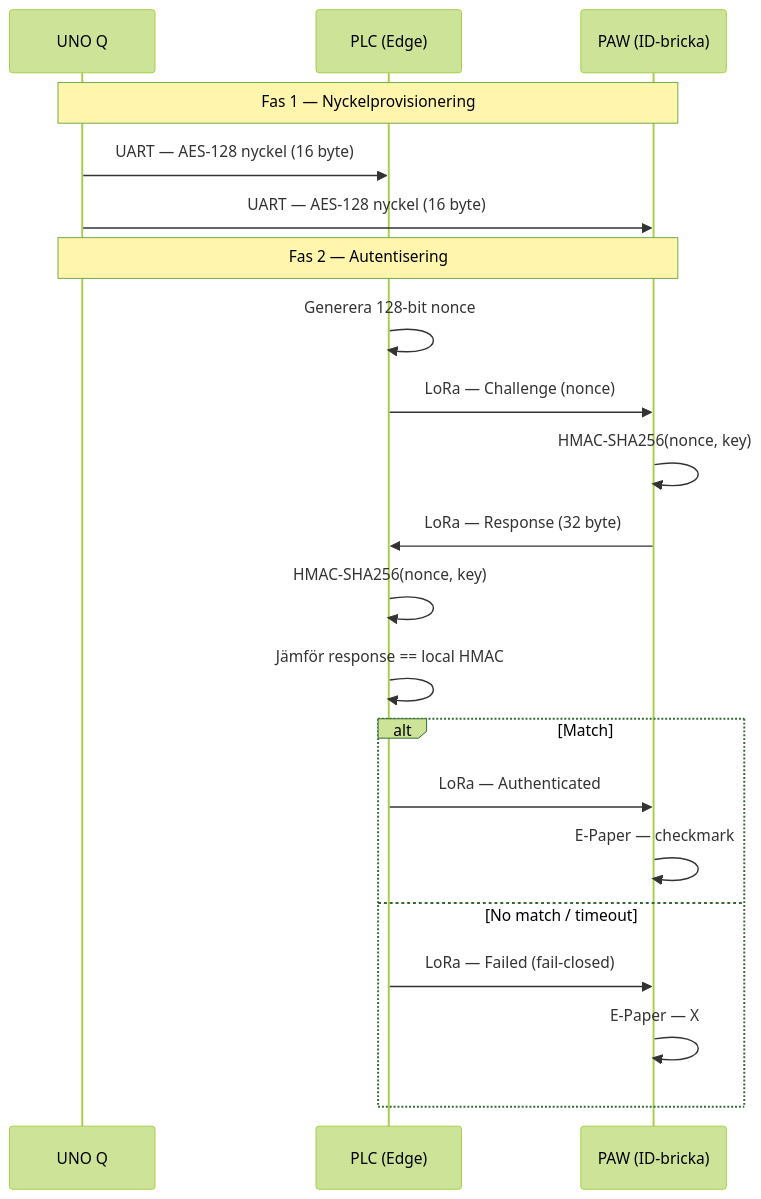
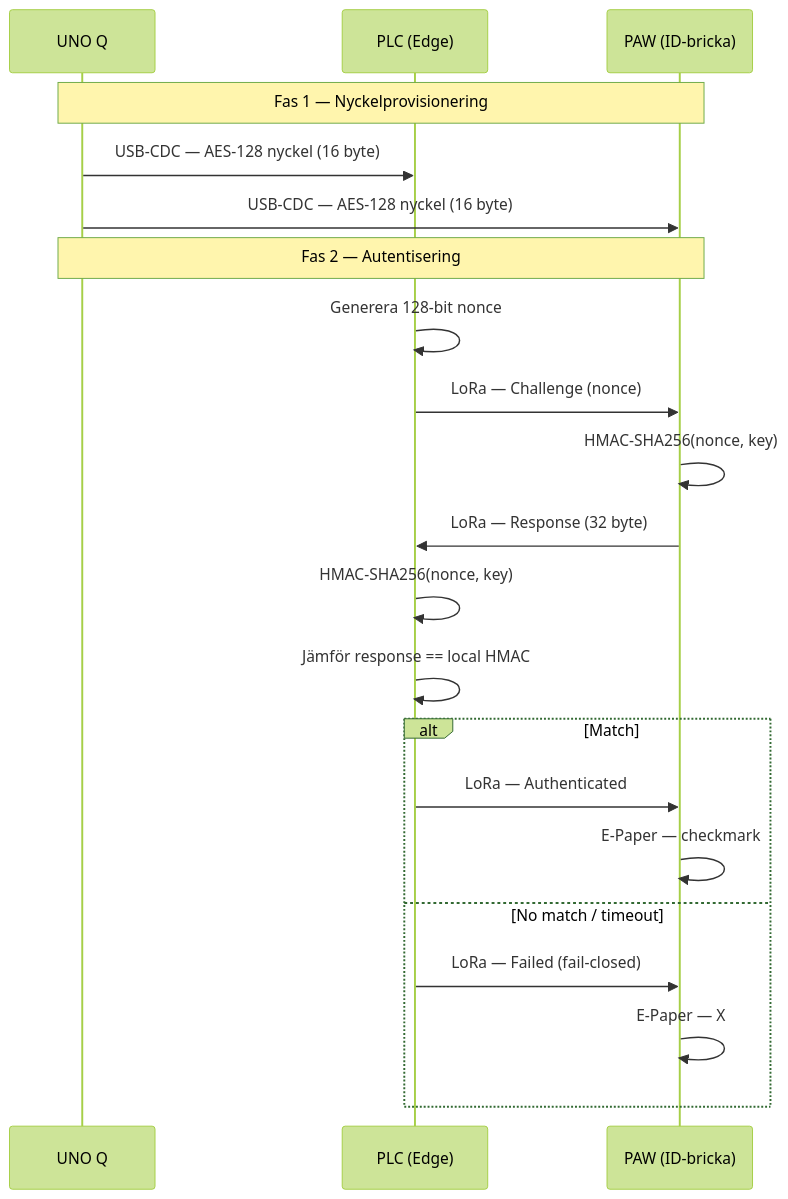
Before and after one commit to Tripl321/yh-contact-auth-projektarbete: the second of 5 diagrams in docs/02-arkitektur.md, drawn with Mermaid (forest theme). The commit also changed other lines of this file and 5 other files, not shown here.

````diff
--- a/docs/02-arkitektur.md
+++ b/docs/02-arkitektur.md
@@ -70,25 +70,25 @@
 ```mermaid
 sequenceDiagram
     participant UNOQ as UNO Q
     participant PLC as PLC (Edge)
     participant PAW as PAW (ID-bricka)
 
     Note over UNOQ,PAW: Fas 1 — Nyckelprovisionering
-    UNOQ->>PLC: UART — AES-128 nyckel (16 byte)
-    UNOQ->>PAW: UART — AES-128 nyckel (16 byte)
+    UNOQ->>PLC: USB-CDC — AES-128 nyckel (16 byte)
+    UNOQ->>PAW: USB-CDC — AES-128 nyckel (16 byte)
 
     Note over UNOQ,PAW: Fas 2 — Autentisering
     PLC->>PLC: Generera 128-bit nonce
     PLC->>PAW: LoRa — Challenge (nonce)
     PAW->>PAW: HMAC-SHA256(nonce, key)
     PAW->>PLC: LoRa — Response (32 byte)
     PLC->>PLC: HMAC-SHA256(nonce, key)
     PLC->>PLC: Jämför response == local HMAC
     alt Match
         PLC->>PAW: LoRa — Authenticated
         PAW->>PAW: E-Paper — checkmark
     else No match / timeout
         PLC->>PAW: LoRa — Failed (fail-closed)
         PAW->>PAW: E-Paper — X
     end
 ```
````
